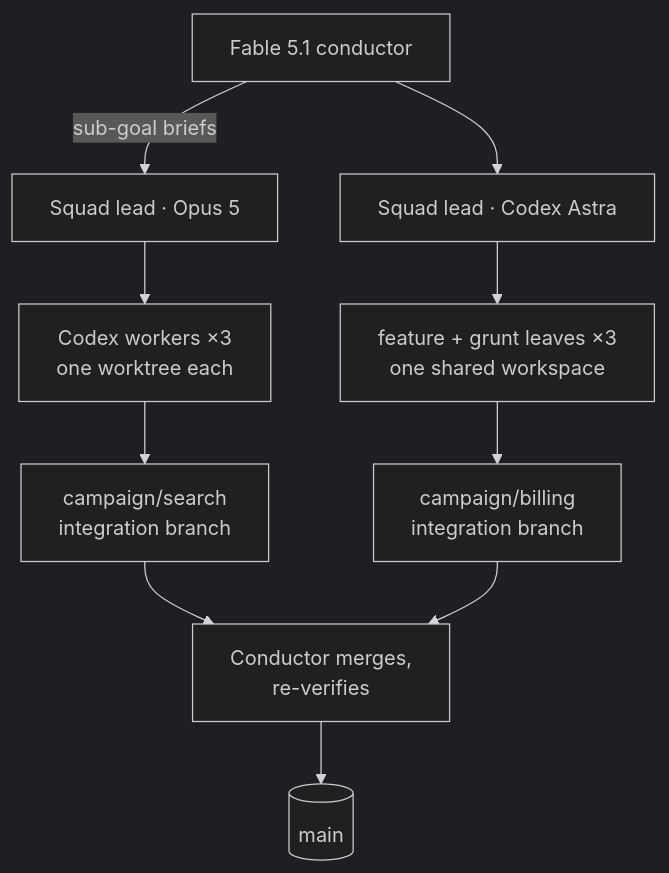
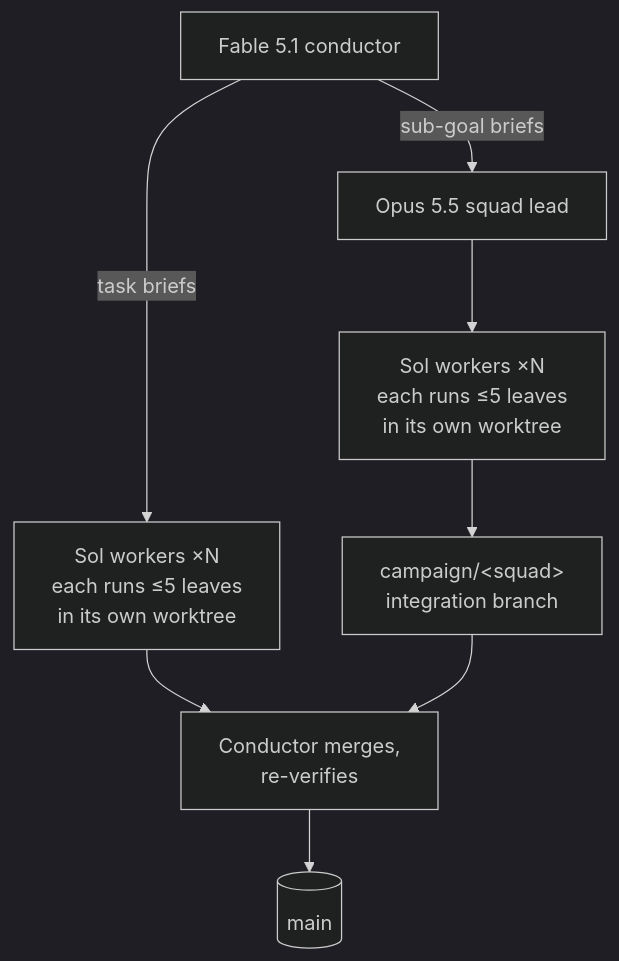
The diagram in README.md (jvogan/a-fable-of-codexes), drawn with Mermaid (dark theme) before and after one commit. The commit also changed other lines of this file and 15 other files, not shown here.

First line of the commit message:
Route Codex work to GPT-6 Sol with Sol and Luna leaf teams

````diff
--- a/README.md
+++ b/README.md
@@ -104,12 +39,10 @@
 ```mermaid
 flowchart TD
-    C[Fable 5.1 conductor] -->|sub-goal briefs| S1[Squad lead · Opus 5]
-    C --> S2[Squad lead · Codex Astra]
-    S1 --> A["Codex workers ×3<br>one worktree each"]
-    S2 --> B["feature + grunt leaves ×3<br>one shared workspace"]
-    A --> I1[campaign/search<br>integration branch]
-    B --> I2[campaign/billing<br>integration branch]
-    I1 --> V[Conductor merges,<br>re-verifies]
-    I2 --> V
+    C[Fable 5.1 conductor] -->|task briefs| W["Sol workers ×N<br>each runs ≤5 leaves<br>in its own worktree"]
+    C -->|sub-goal briefs| L[Opus 5.5 squad lead]
+    L --> LS["Sol workers ×N<br>each runs ≤5 leaves<br>in its own worktree"]
+    LS --> I[campaign/&lt;squad&gt;<br>integration branch]
+    W --> V[Conductor merges,<br>re-verifies]
+    I --> V
     V --> M[(main)]
 ```
````
